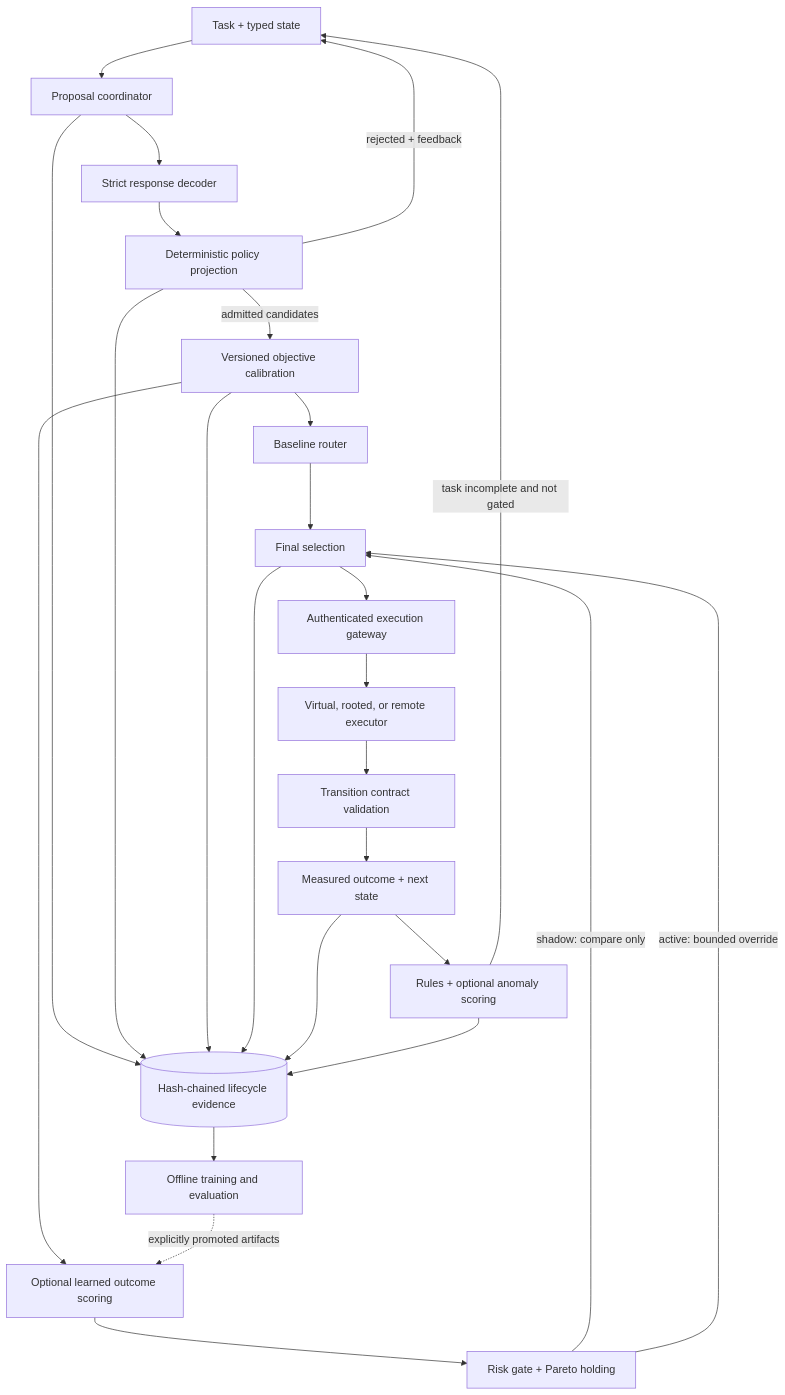
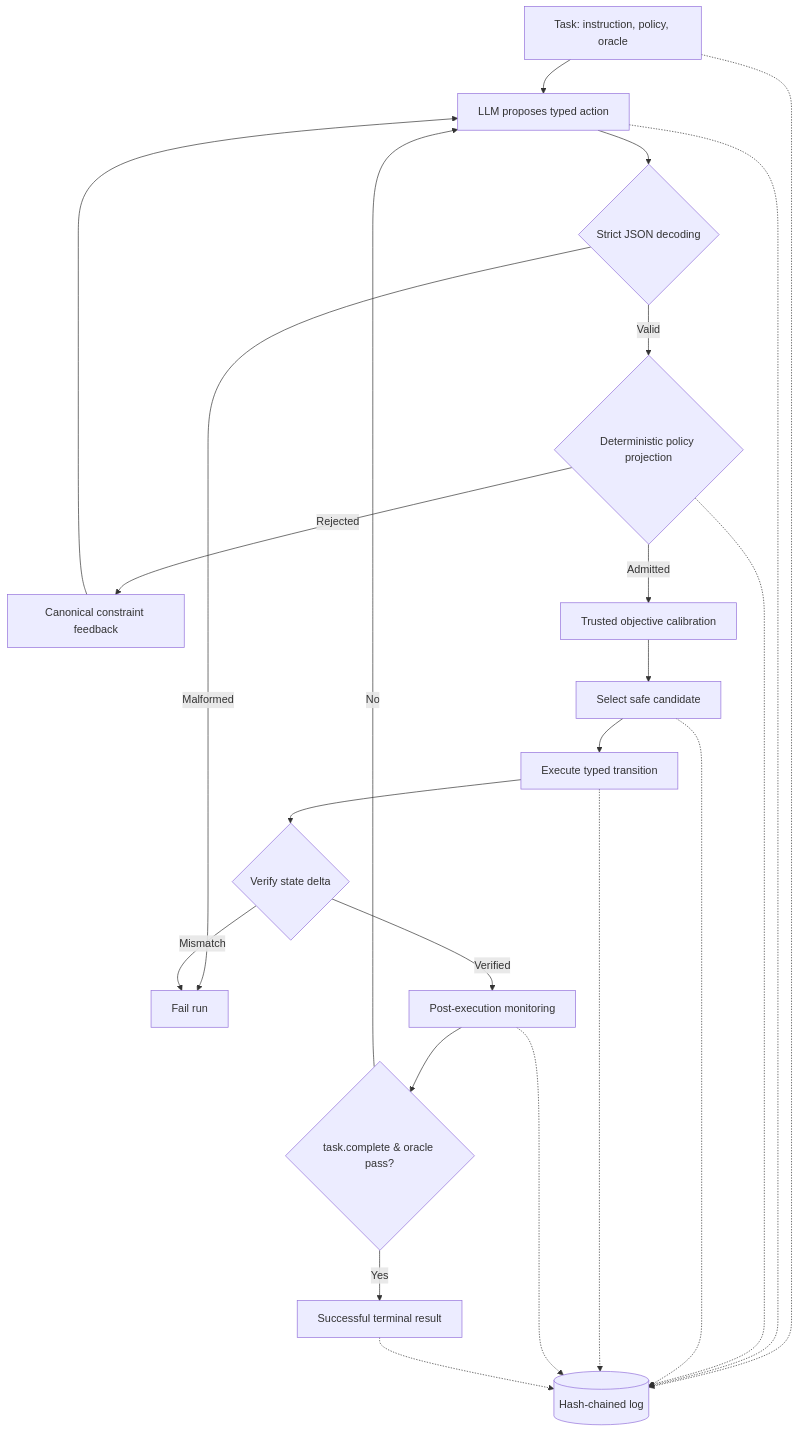
One commit to darshgarg7/Bouncer changed the diagram in README.md. Above: the diagram before and after it, drawn with Mermaid. The commit also changed other lines of this file, not shown here.

````diff
--- a/README.md
+++ b/README.md
@@ -51,35 +45,20 @@
 ```mermaid
 flowchart TD
-    S["Task + typed state"] --> O["Proposal coordinator"]
-    O --> D["Strict response decoder"]
-    D --> P["Deterministic policy projection"]
-
-    P -->|"rejected + feedback"| S
-    P -->|"admitted candidates"| C["Versioned objective calibration"]
-
-    C --> B["Baseline router"]
-    C --> M["Optional learned outcome scoring"]
-    M --> H["Risk gate + Pareto holding"]
-
-    B --> X["Final selection"]
-    H -->|"shadow: compare only"| X
-    H -->|"active: bounded override"| X
-
-    X --> G["Authenticated execution gateway"]
-    G --> E["Virtual, rooted, or remote executor"]
-    E --> V["Transition contract validation"]
-    V --> T["Measured outcome + next state"]
-
-    T --> N["Rules + optional anomaly scoring"]
-    N -->|"task incomplete and not gated"| S
-
-    O --> L[("Hash-chained lifecycle evidence")]
-    P --> L
-    C --> L
-    X --> L
-    T --> L
-    N --> L
-
-    L --> Q["Offline training and evaluation"]
-    Q -. "explicitly promoted artifacts" .-> M
+    T["Task: instruction, policy, oracle"] --> P["LLM proposes typed action"]
+    P --> D{"Strict JSON decoding"}
+    D -->|"Malformed"| E["Fail run"]
+    D -->|"Valid"| A{"Deterministic policy projection"}
+    A -->|"Rejected"| F["Canonical constraint feedback"]
+    F --> P
+    A -->|"Admitted"| C["Trusted objective calibration"]
+    C --> R["Select safe candidate"]
+    R --> X["Execute typed transition"]
+    X --> V{"Verify state delta"}
+    V -->|"Mismatch"| E
+    V -->|"Verified"| M["Post-execution monitoring"]
+    M --> O{"task.complete & oracle pass?"}
+    O -->|"No"| P
+    O -->|"Yes"| S["Successful terminal result"]
+    T -.-> L[("Hash-chained log")]
+    P & A & R & X & M & S -.-> L
 ```
````
